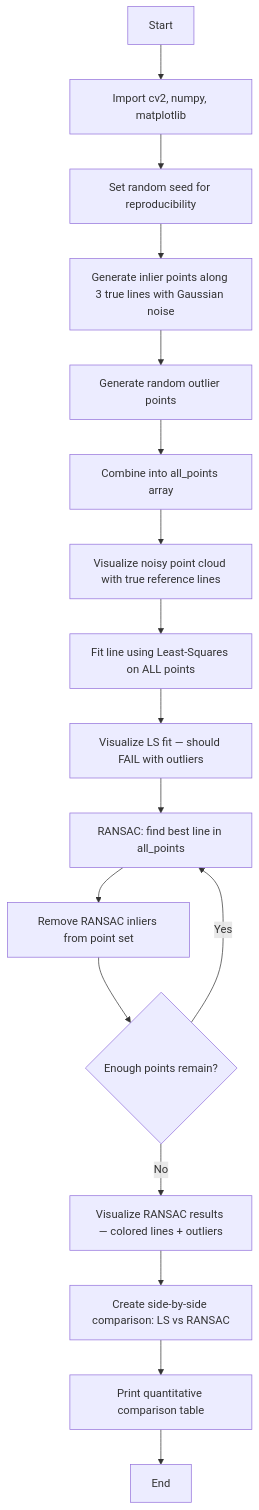
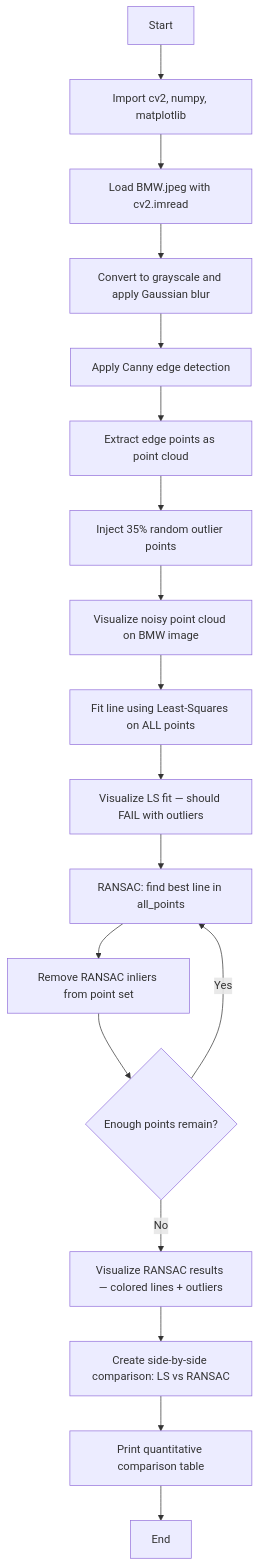
Before and after one commit to amolrathod7875/Computer-Vision-: the diagram in CV_Assignment_9/README.md, drawn with Mermaid. The commit also changed other lines of this file and 2 other files, not shown here.

Commit message:
Update CV Assignment 9: RANSAC on BMW.jpeg

````diff
--- a/CV_Assignment_9/README.md
+++ b/CV_Assignment_9/README.md
@@ -301,19 +224,20 @@
 ```mermaid
 flowchart TD
     A[Start] --> B[Import cv2, numpy, matplotlib]
-    B --> C[Set random seed for reproducibility]
-    C --> D[Generate inlier points along 3 true lines with Gaussian noise]
-    D --> E[Generate random outlier points]
-    E --> F[Combine into all_points array]
-    F --> G[Visualize noisy point cloud with true reference lines]
-    G --> H[Fit line using Least-Squares on ALL points]
-    H --> I[Visualize LS fit — should FAIL with outliers]
-    I --> J[RANSAC: find best line in all_points]
-    J --> K[Remove RANSAC inliers from point set]
-    K --> L{Enough points remain?}
-    L -->|Yes| J
-    L -->|No| M[Visualize RANSAC results — colored lines + outliers]
-    M --> N[Create side-by-side comparison: LS vs RANSAC]
-    N --> O[Print quantitative comparison table]
-    O --> P[End]
+    B --> C[Load BMW.jpeg with cv2.imread]
+    C --> D[Convert to grayscale and apply Gaussian blur]
+    D --> E[Apply Canny edge detection]
+    E --> F[Extract edge points as point cloud]
+    F --> G[Inject 35% random outlier points]
+    G --> H[Visualize noisy point cloud on BMW image]
+    H --> I[Fit line using Least-Squares on ALL points]
+    I --> J[Visualize LS fit — should FAIL with outliers]
+    J --> K[RANSAC: find best line in all_points]
+    K --> L[Remove RANSAC inliers from point set]
+    L --> M{Enough points remain?}
+    M -->|Yes| K
+    M -->|No| N[Visualize RANSAC results — colored lines + outliers]
+    N --> O[Create side-by-side comparison: LS vs RANSAC]
+    O --> P[Print quantitative comparison table]
+    P --> Q[End]
 ```
````
